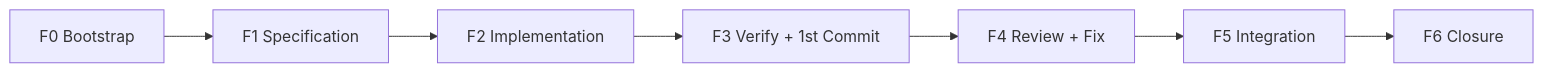
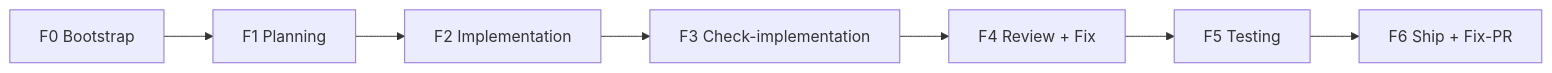
Before and after one commit to jpolvora/workflow-skills: the diagram in .agents/skills/spec-to-pr/SKILL.md, drawn with Mermaid. The commit also changed other lines of this file and 26 other files, not shown here.

````diff
--- a/.agents/skills/spec-to-pr/SKILL.md
+++ b/.agents/skills/spec-to-pr/SKILL.md
@@ -125,9 +124,9 @@
 ```mermaid
 flowchart LR
-  F0[F0 Bootstrap] --> F1[F1 Specification]
+  F0[F0 Bootstrap] --> F1[F1 Planning]
   F1 --> F2[F2 Implementation]
-  F2 --> F3[F3 Verify + 1st Commit]
+  F2 --> F3[F3 Check-implementation]
   F3 --> F4[F4 Review + Fix]
-  F4 --> F5[F5 Integration]
-  F5 --> F6[F6 Closure]
+  F4 --> F5[F5 Testing]
+  F5 --> F6[F6 Ship + Fix-PR]
 ```
````
